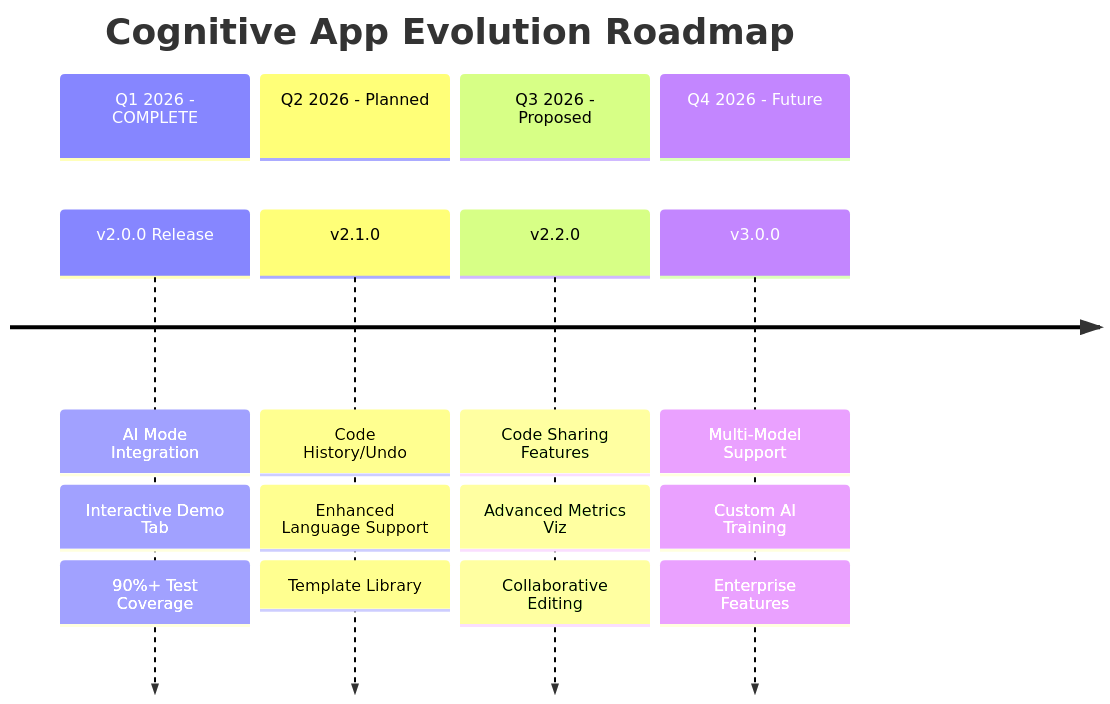
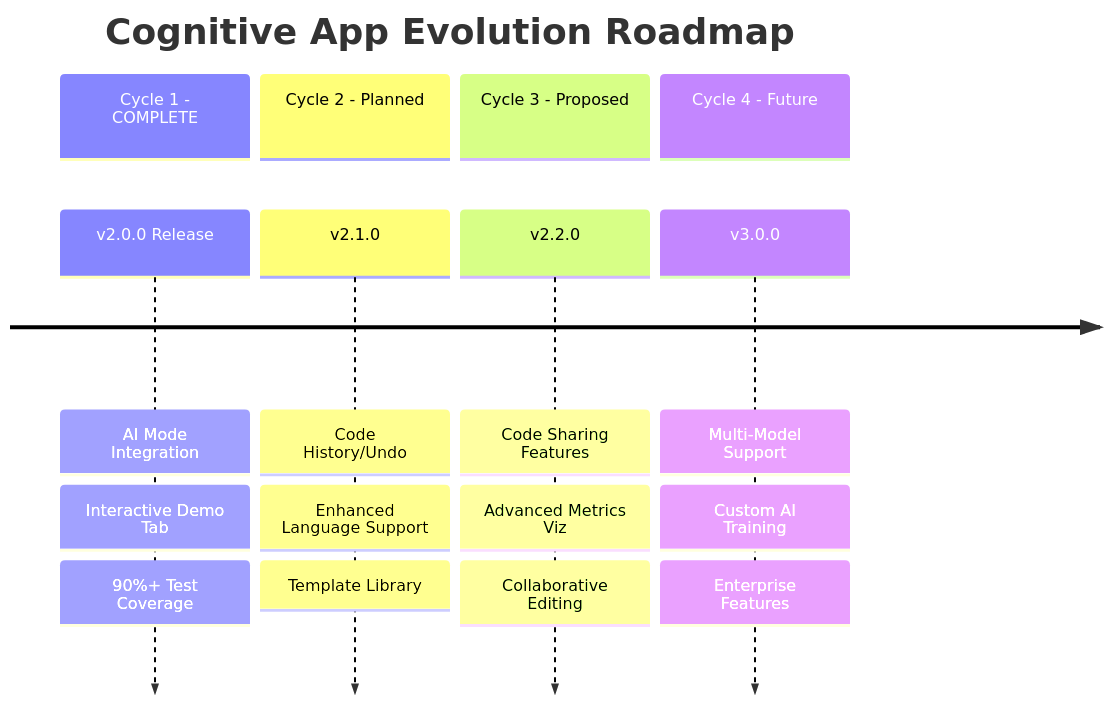
Diagram 12 of 12 in cognitive_app/BLUEPRINT_V2.md (Aries-Serpent/_codex_), drawn with Mermaid before and after one commit. The commit also changed other lines of this file and 1179 other files, not shown here.

````diff
--- a/cognitive_app/BLUEPRINT_V2.md
+++ b/cognitive_app/BLUEPRINT_V2.md
@@ -695,24 +695,24 @@
 ```mermaid
 timeline
     title Cognitive App Evolution Roadmap
     
-    section Q1 2026 - COMPLETE
+    section Cycle 1 - COMPLETE
         v2.0.0 Release : AI Mode Integration
                        : Interactive Demo Tab
                        : 90%+ Test Coverage
     
-    section Q2 2026 - Planned
+    section Cycle 2 - Planned
         v2.1.0 : Code History/Undo
                : Enhanced Language Support
                : Template Library
     
-    section Q3 2026 - Proposed
+    section Cycle 3 - Proposed
         v2.2.0 : Code Sharing Features
                : Advanced Metrics Viz
                : Collaborative Editing
     
-    section Q4 2026 - Future
+    section Cycle 4 - Future
         v3.0.0 : Multi-Model Support
                : Custom AI Training
                : Enterprise Features
 ```
````
